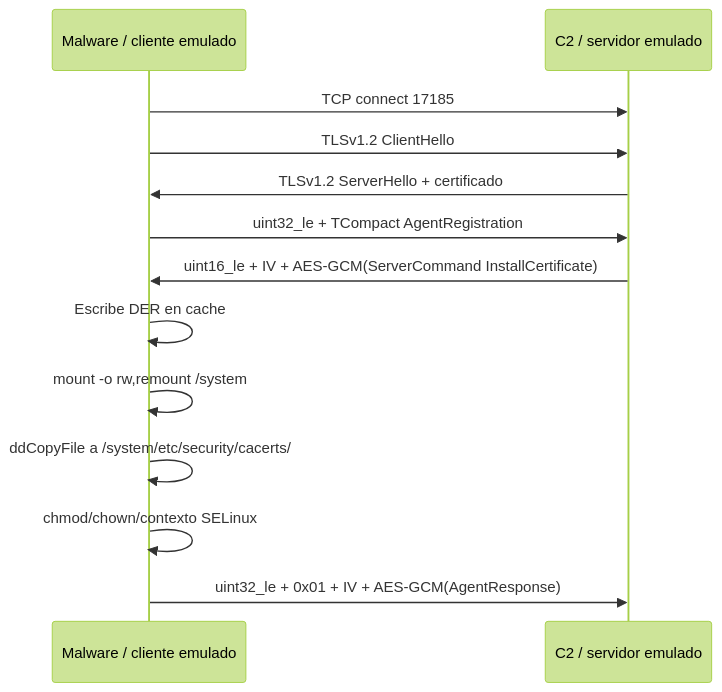
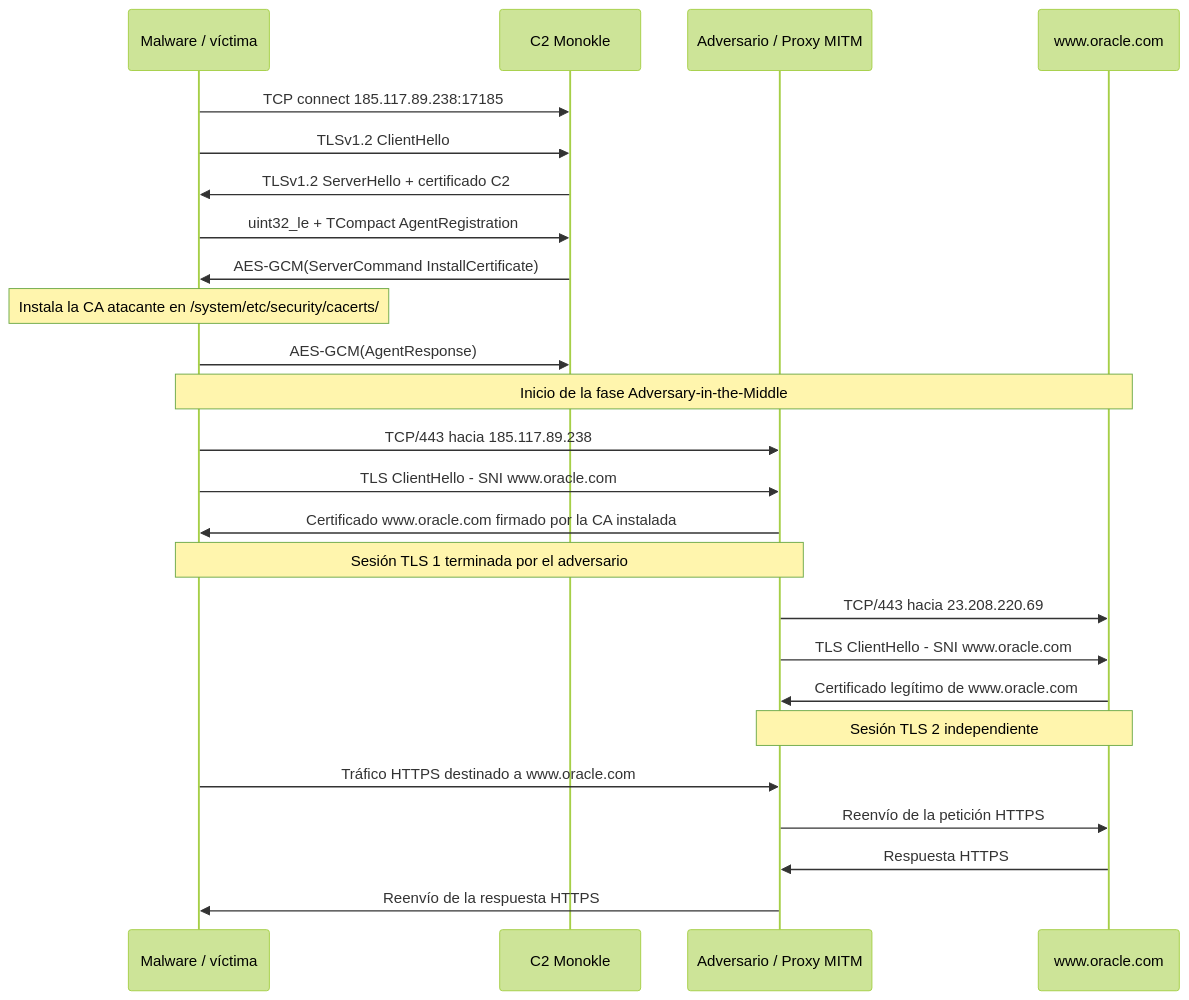
Before and after one commit to Juan-dpa/MITRE-Mobile-Network-Detection-Analysis: the sixth of 6 diagrams in Documentos/Markdowns/S0407-Monokle.md, drawn with Mermaid (forest theme). The commit also changed other lines of this file and 74 other files, not shown here.

````diff
--- a/Documentos/Markdowns/S0407-Monokle.md
+++ b/Documentos/Markdowns/S0407-Monokle.md
@@ -592,15 +534,33 @@
 ```mermaid
 sequenceDiagram
-    participant M as Malware / cliente emulado
-    participant C as C2 / servidor emulado
-    M->>C: TCP connect 17185
+    participant M as Malware / víctima
+    participant C as C2 Monokle
+    participant A as Adversario / Proxy MITM
+    participant O as www.oracle.com
+
+    M->>C: TCP connect 185.117.89.238:17185
     M->>C: TLSv1.2 ClientHello
-    C->>M: TLSv1.2 ServerHello + certificado
+    C->>M: TLSv1.2 ServerHello + certificado C2
     M->>C: uint32_le + TCompact AgentRegistration
-    C->>M: uint16_le + IV + AES-GCM(ServerCommand InstallCertificate)
-    M->>M: Escribe DER en cache
-    M->>M: mount -o rw,remount /system
-    M->>M: ddCopyFile a /system/etc/security/cacerts/
-    M->>M: chmod/chown/contexto SELinux
-    M->>C: uint32_le + 0x01 + IV + AES-GCM(AgentResponse)
+
+    C->>M: AES-GCM(ServerCommand InstallCertificate)
+    Note over M: Instala la CA atacante en /system/etc/security/cacerts/
+    M->>C: AES-GCM(AgentResponse)
+
+    Note over M,O: Inicio de la fase Adversary-in-the-Middle
+
+    M->>A: TCP/443 hacia 185.117.89.238
+    M->>A: TLS ClientHello - SNI www.oracle.com
+    A->>M: Certificado www.oracle.com firmado por la CA instalada
+    Note over M,A: Sesión TLS 1 terminada por el adversario
+
+    A->>O: TCP/443 hacia 23.208.220.69
+    A->>O: TLS ClientHello - SNI www.oracle.com
+    O->>A: Certificado legítimo de www.oracle.com
+    Note over A,O: Sesión TLS 2 independiente
+
+    M->>A: Tráfico HTTPS destinado a www.oracle.com
+    A->>O: Reenvío de la petición HTTPS
+    O->>A: Respuesta HTTPS
+    A->>M: Reenvío de la respuesta HTTPS
 ```
````
